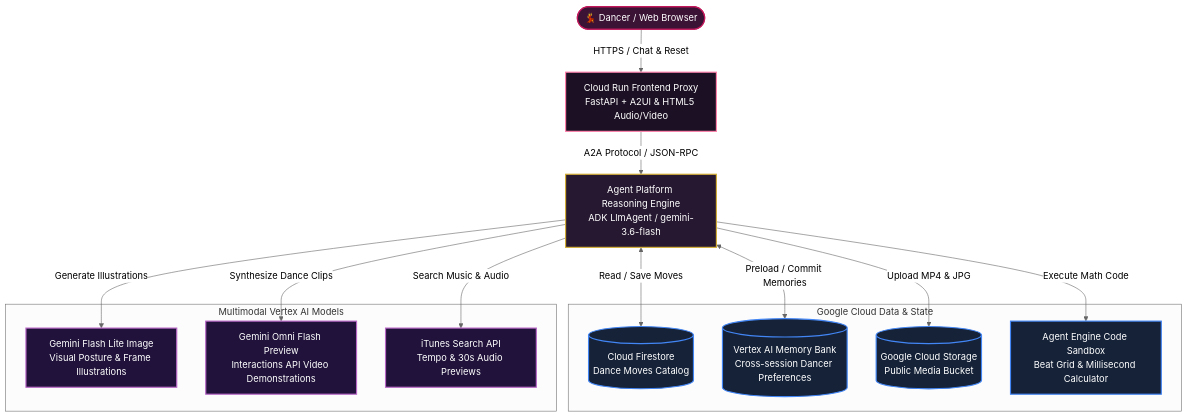
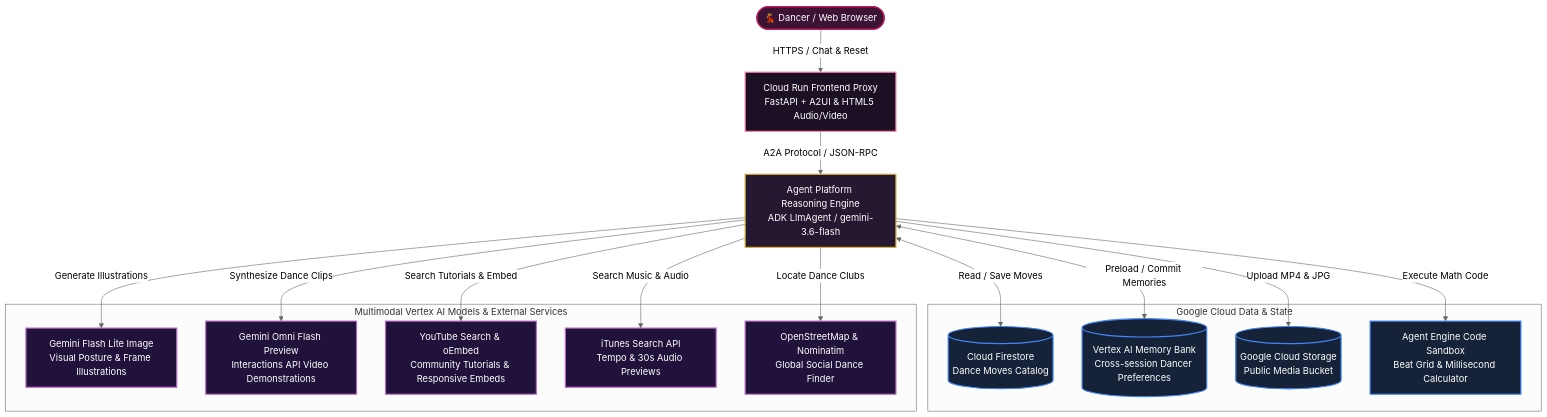
Before and after one commit to peter-klin/buildwithgemini-bachata-flow-coach: the diagram in README.md, drawn with Mermaid (neutral theme). The commit also changed other lines of this file and 3 other files, not shown here.

Commit message:
feat: integrate 7 advanced community dance video & coaching tools with YouTube embeds

````diff
--- a/README.md
+++ b/README.md
@@ -17,32 +17,36 @@
 ```mermaid
 graph TD
     classDef client fill:#3b1335,stroke:#c2185b,stroke-width:2px,color:#fff;
     classDef proxy fill:#1c1124,stroke:#ff80ab,stroke-width:2px,color:#fff;
     classDef engine fill:#261830,stroke:#d4af37,stroke-width:2px,color:#fff;
     classDef storage fill:#152238,stroke:#4285f4,stroke-width:2px,color:#fff;
     classDef ai fill:#20123a,stroke:#ba68c8,stroke-width:2px,color:#fff;
 
     Dancer([💃 Dancer / Web Browser]):::client -->|HTTPS / Chat & Reset| CloudRun[Cloud Run Frontend Proxy\nFastAPI + A2UI & HTML5 Audio/Video]:::proxy
     CloudRun -->|A2A Protocol / JSON-RPC| AgentEngine[Agent Platform Reasoning Engine\nADK LlmAgent / gemini-3.6-flash]:::engine
 
     subgraph GCP_Data ["Google Cloud Data & State"]
         Firestore[(Cloud Firestore\nDance Moves Catalog)]:::storage
         MemoryBank[(Vertex AI Memory Bank\nCross-session Dancer Preferences)]:::storage
         GCS[(Google Cloud Storage\nPublic Media Bucket)]:::storage
         Sandbox[Agent Engine Code Sandbox\nBeat Grid & Millisecond Calculator]:::storage
     end
 
-    subgraph Gemini_Models ["Multimodal Vertex AI Models"]
+    subgraph Gemini_Models ["Multimodal Vertex AI Models & External Services"]
         FlashLite[Gemini Flash Lite Image\nVisual Posture & Frame Illustrations]:::ai
         Omni[Gemini Omni Flash Preview\nInteractions API Video Demonstrations]:::ai
+        YouTube[YouTube Search & oEmbed\nCommunity Tutorials & Responsive Embeds]:::ai
         iTunes[iTunes Search API\nTempo & 30s Audio Previews]:::ai
+        OSM[OpenStreetMap & Nominatim\nGlobal Social Dance Finder]:::ai
     end
 
     AgentEngine <-->|Read / Save Moves| Firestore
     AgentEngine <-->|Preload / Commit Memories| MemoryBank
     AgentEngine -->|Generate Illustrations| FlashLite
     AgentEngine -->|Synthesize Dance Clips| Omni
     AgentEngine -->|Upload MP4 & JPG| GCS
     AgentEngine -->|Execute Math Code| Sandbox
     AgentEngine -->|Search Music & Audio| iTunes
+    AgentEngine -->|Search Tutorials & Embed| YouTube
+    AgentEngine -->|Locate Dance Clubs| OSM
 ```
````
